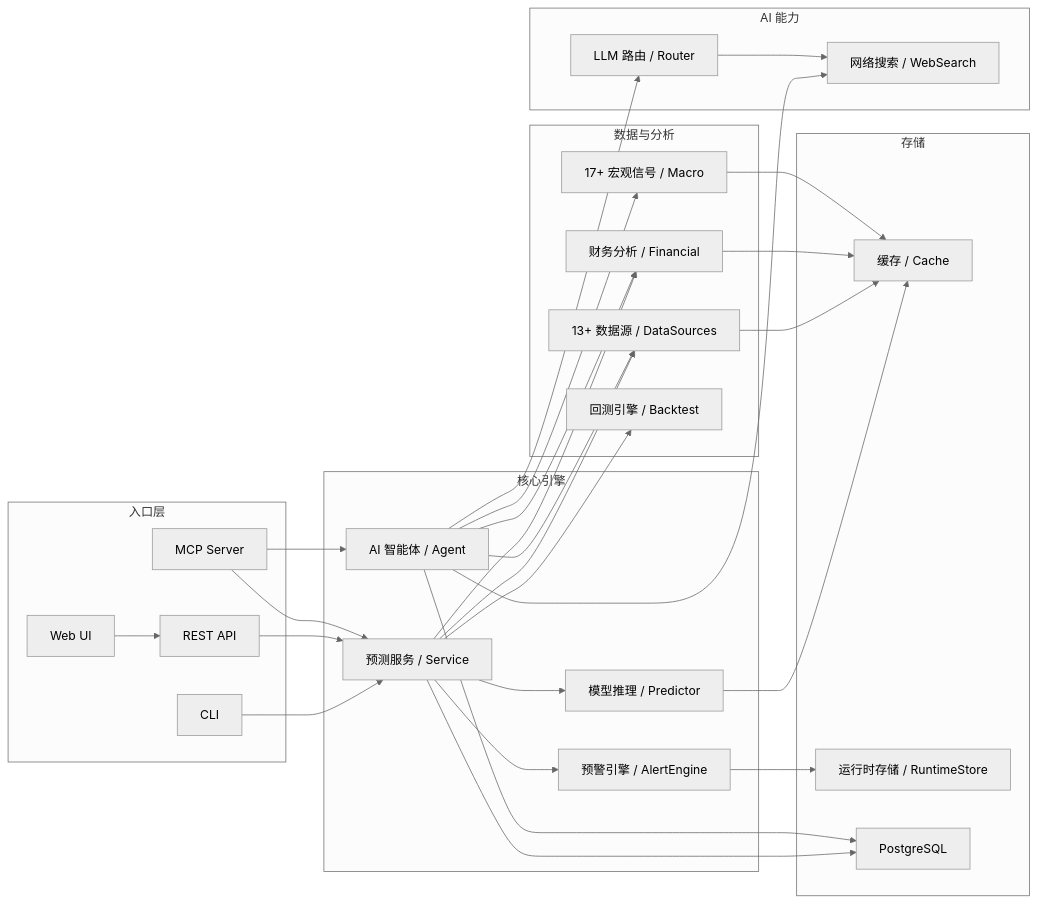
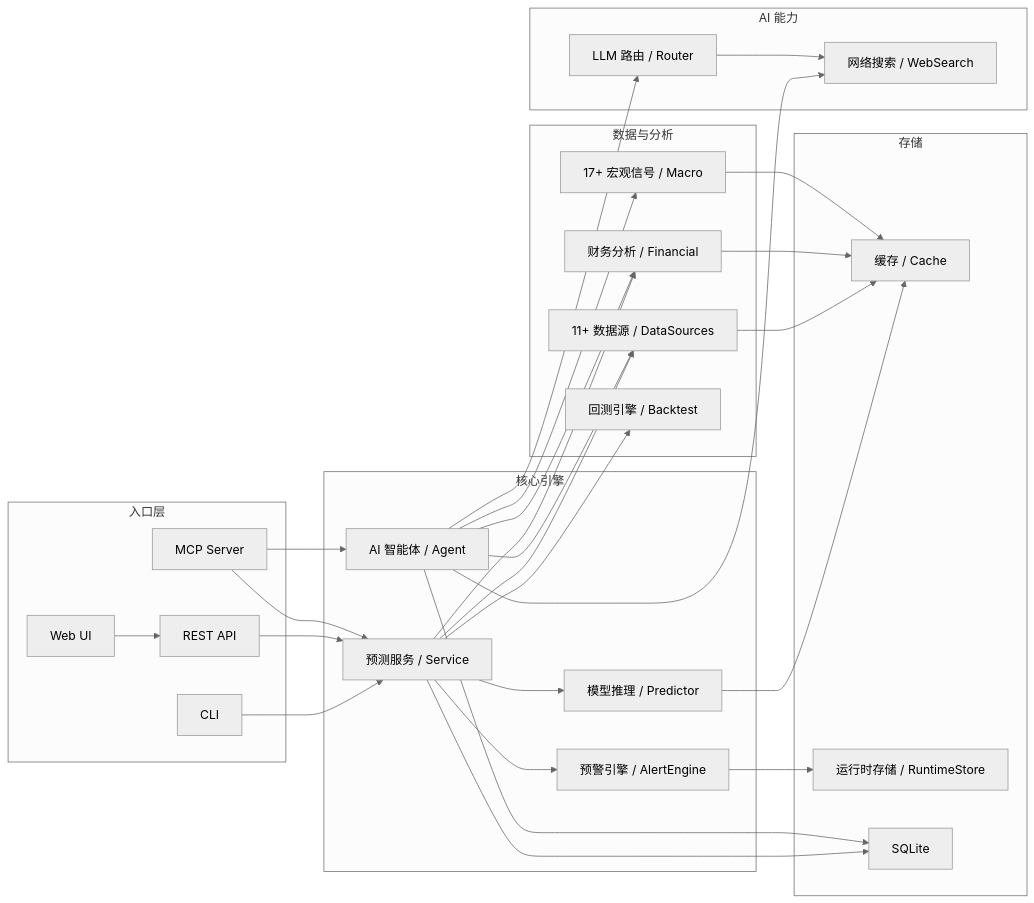
The diagram in README.md (DDDFXYqiming/KronosFinceptLab), drawn with Mermaid before and after one commit. The commit also changed 4 other files, not shown here.

````diff
--- a/README.md
+++ b/README.md
@@ -60,62 +60,62 @@
 ```mermaid
 %%{init: {'theme': 'neutral'}}%%
 flowchart LR
     subgraph entry["入口层"]
         CLI["CLI"]
         API["REST API"]
         Web["Web UI"]
         MCP["MCP Server"]
     end
 
     subgraph core["核心引擎"]
         SVC["预测服务 / Service"]
         AGENT["AI 智能体 / Agent"]
         PRED["模型推理 / Predictor"]
         ALERT["预警引擎 / AlertEngine"]
     end
 
     subgraph data["数据与分析"]
-        DS["13+ 数据源 / DataSources"]
+        DS["11+ 数据源 / DataSources"]
         FIN["财务分析 / Financial"]
         MACRO["17+ 宏观信号 / Macro"]
         BT["回测引擎 / Backtest"]
     end
 
     subgraph ai["AI 能力"]
         LLM["LLM 路由 / Router"]
         WS["网络搜索 / WebSearch"]
     end
 
     subgraph store["存储"]
         CACHE["缓存 / Cache"]
         RUNTIME["运行时存储 / RuntimeStore"]
-        DB["PostgreSQL"]
+        DB["SQLite"]
     end
 
     CLI --> SVC
     API --> SVC
     Web --> API
     MCP --> SVC
     MCP --> AGENT
 
     SVC --> PRED
     SVC --> DS
     SVC --> FIN
     SVC --> BT
     SVC --> ALERT
 
     AGENT --> LLM
     AGENT --> DS
     AGENT --> FIN
     AGENT --> MACRO
     AGENT --> WS
 
     PRED --> CACHE
     DS --> CACHE
     FIN --> CACHE
     MACRO --> CACHE
     ALERT --> RUNTIME
     LLM --> WS
     SVC --> DB
     AGENT --> DB
 ```
````
